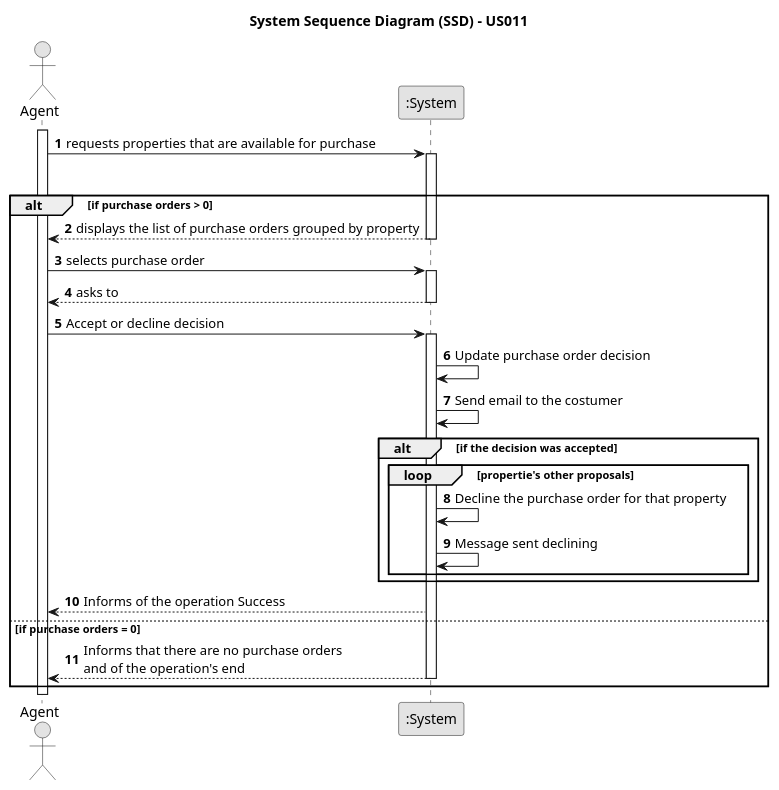
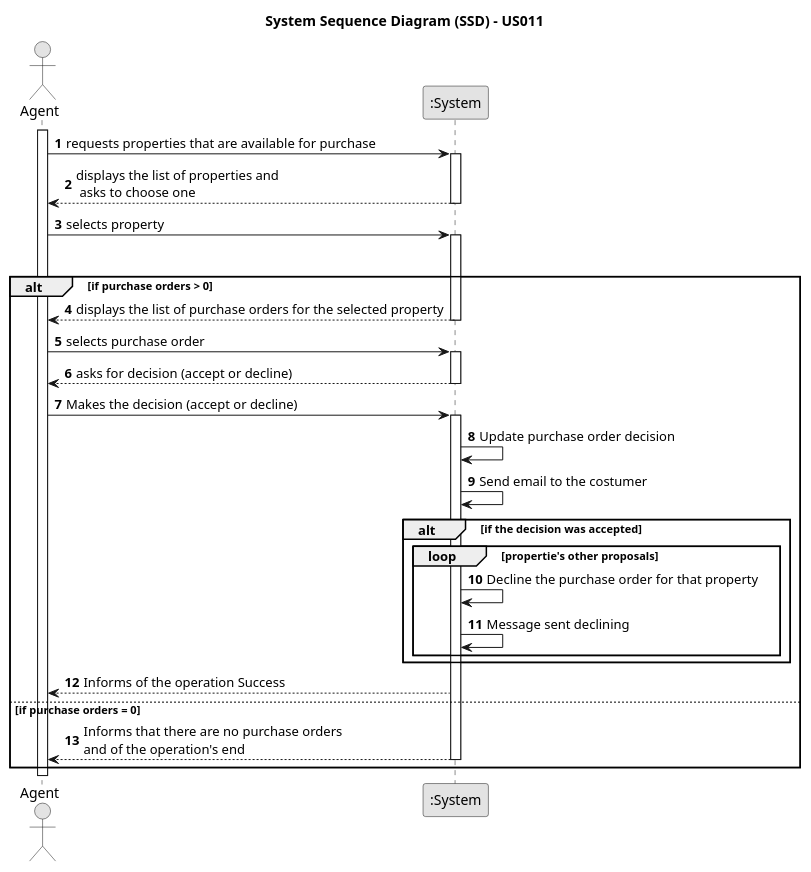
One commit to 1220812/LAPR2 changed the diagram in docs/sprintC/us011/01.requirements-engineering/puml/us011-system-sequence-diagram.svg.puml. Above: the diagram before and after it, drawn with PlantUML. The commit also changed 1 other file, not shown here.

```diff
--- a/docs/sprintC/us011/01.requirements-engineering/puml/us011-system-sequence-diagram.svg.puml
+++ b/docs/sprintC/us011/01.requirements-engineering/puml/us011-system-sequence-diagram.svg.puml
@@ -1,69 +1,77 @@
 @startuml
 skinparam monochrome true
 skinparam packageStyle rectangle
 skinparam shadowing false
 
 title System Sequence Diagram (SSD) - US011
 
 autonumber
 
 actor "Agent" as Employee
 participant ":System" as System
 
 activate Employee
 
     Employee -> System : requests properties that are available for purchase
 
         activate System
 
+        System --> Employee : displays the list of properties and \n asks to choose one
+
+        deactivate System
+
+        Employee -> System : selects property
+
+        activate System
+
             loop for all properties available for purchase
 
             alt if purchase orders > 0
 
-                System --> Employee : displays the list of purchase orders grouped by property
+                System --> Employee : displays the list of purchase orders for the selected property
 
         deactivate System
 
 
         deactivate System
 
              Employee -> System : selects purchase order
 
         activate System
 
-             System --> Employee : asks to
+             System --> Employee : asks for decision (accept or decline)
 
              deactivate System
 
 
-             Employee -> System : Accept or decline decision
+             Employee -> System : Makes the decision (accept or decline)
         activate System
 
              System -> System : Update purchase order decision
              System -> System : Send email to the costumer
 
         alt if the decision was accepted
 
             loop propertie's other proposals
 
                 System -> System : Decline the purchase order for that property
 
                 System -> System : Message sent declining
 
             end
 
         end
 
             System --> Employee : Informs of the operation Success
 
 
                  else if purchase orders = 0
 
 
                     System --> Employee : Informs that there are no purchase orders\nand of the operation's end
 
         deactivate System
     end
 
 
 @enduml
```
